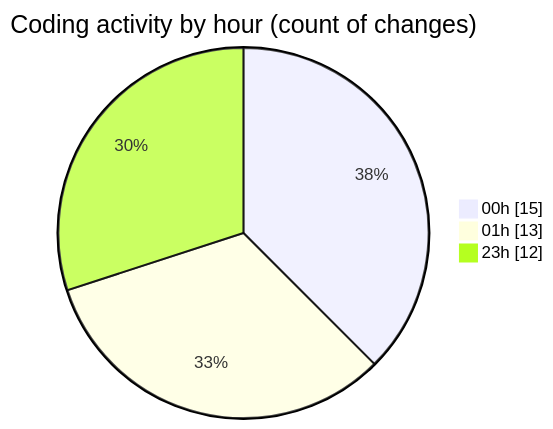
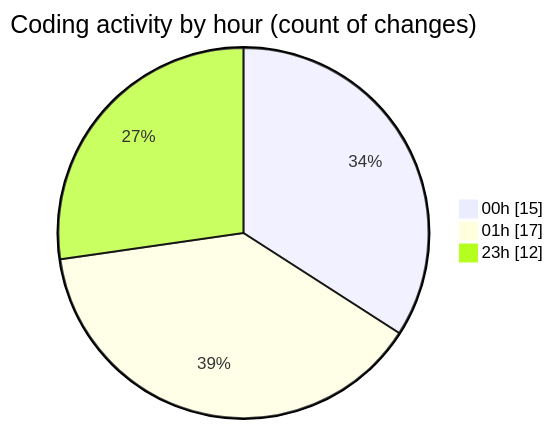
Before and after one commit to julien-gomy/code-tracking: the second of 2 diagrams in 2025-10-31/eventscop-frontend-guide__workspace_/README.md, drawn with Mermaid. The commit also changed other lines of this file and 1 other file, not shown here.

````diff
--- a/2025-10-31/eventscop-frontend-guide__workspace_/README.md
+++ b/2025-10-31/eventscop-frontend-guide__workspace_/README.md
@@ -37,7 +37,7 @@
 ```mermaid
 pie showData
 title Coding activity by hour (count of changes)
 "00h" : 15
-"01h" : 13
+"01h" : 17
 "23h" : 12
 ```
````
